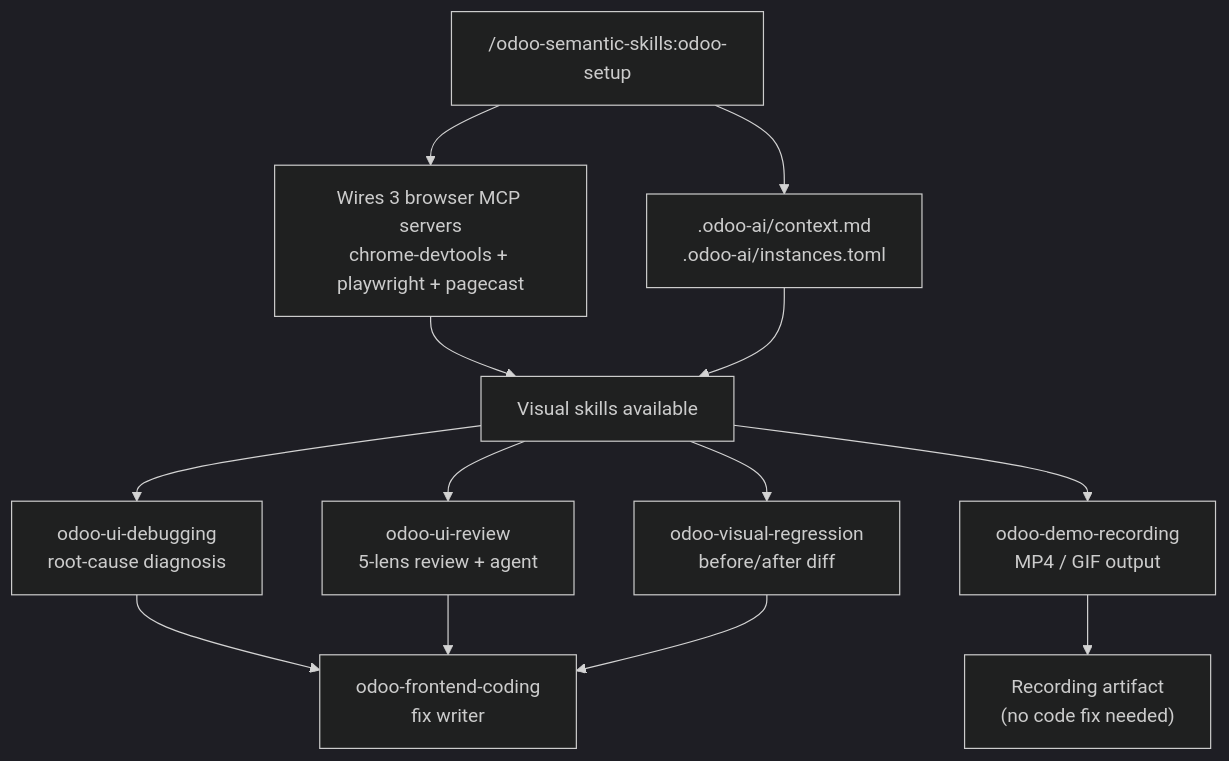
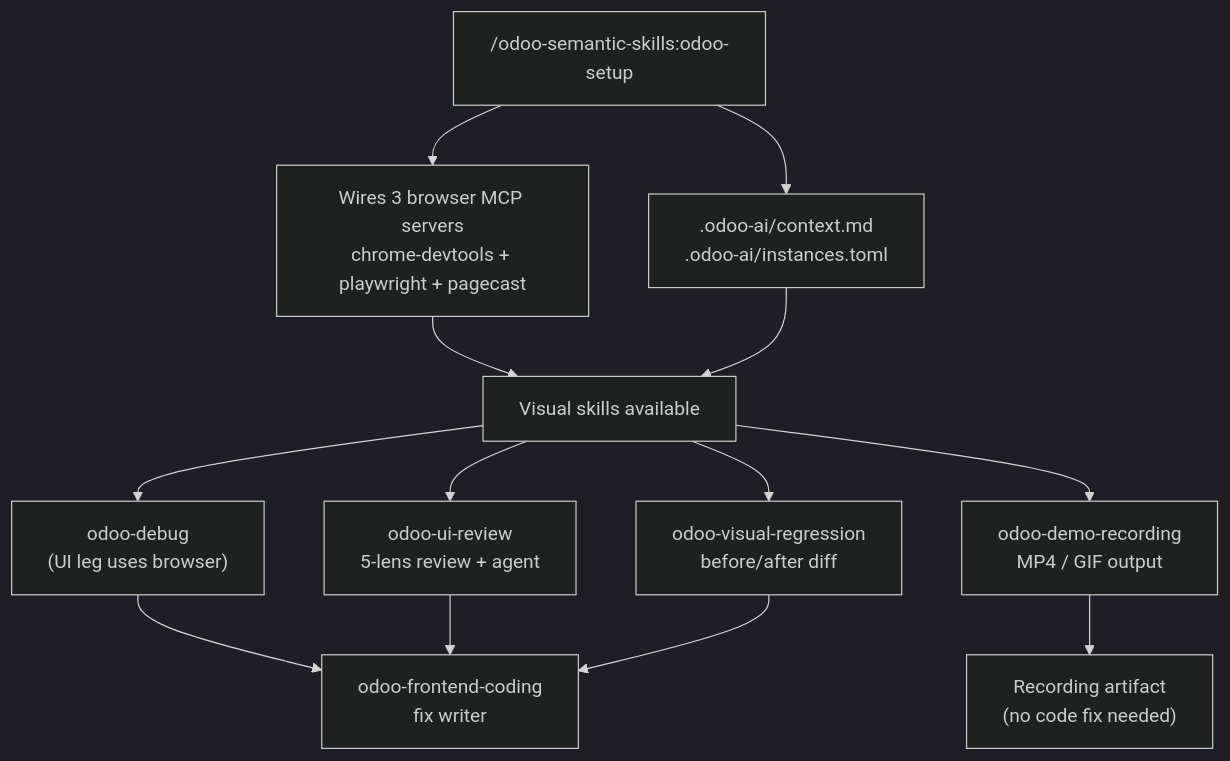
Before and after one commit to Viindoo/odoo-mcp-client: the fourth of 4 diagrams in plugins/odoo-semantic-skills/README.md, drawn with Mermaid (dark theme). The commit also changed other lines of this file and 39 other files, not shown here.

First line of the commit message:
feat(odoo-semantic-skills): odoo-debug front-door + specialist debug agents

````diff
--- a/plugins/odoo-semantic-skills/README.md
+++ b/plugins/odoo-semantic-skills/README.md
@@ -243,20 +243,20 @@
 ```mermaid
 flowchart TD
     SETUP["/odoo-semantic-skills:odoo-setup"]
     SETUP --> MCPW["Wires 3 browser MCP servers<br/>chrome-devtools + playwright + pagecast"]
     SETUP --> CTX[".odoo-ai/context.md<br/>.odoo-ai/instances.toml"]
 
     MCPW --> SK["Visual skills available"]
     CTX --> SK
 
-    SK --> UID["odoo-ui-debugging<br/>root-cause diagnosis"]
+    SK --> UID["odoo-debug<br/>(UI leg uses browser)"]
     SK --> UIR["odoo-ui-review<br/>5-lens review + agent"]
     SK --> VR["odoo-visual-regression<br/>before/after diff"]
     SK --> DR["odoo-demo-recording<br/>MP4 / GIF output"]
 
     UID --> FC["odoo-frontend-coding<br/>fix writer"]
     UIR --> FC
     VR --> FC
 
     DR --> MEDIA["Recording artifact<br/>(no code fix needed)"]
 ```
````
